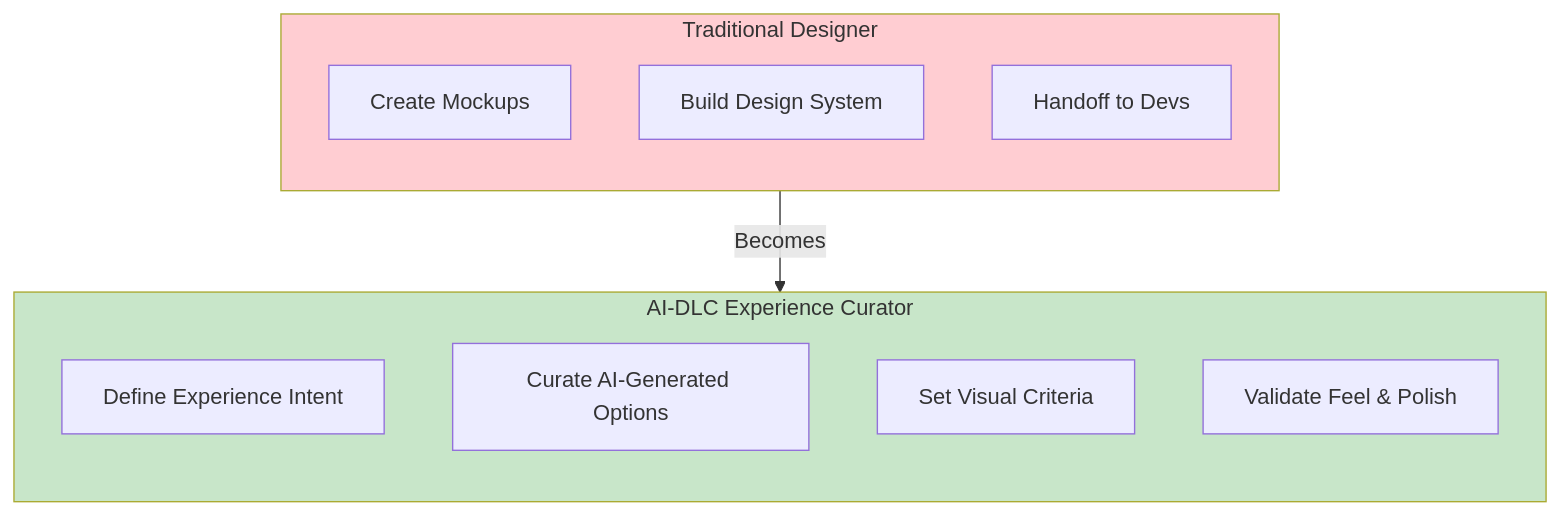
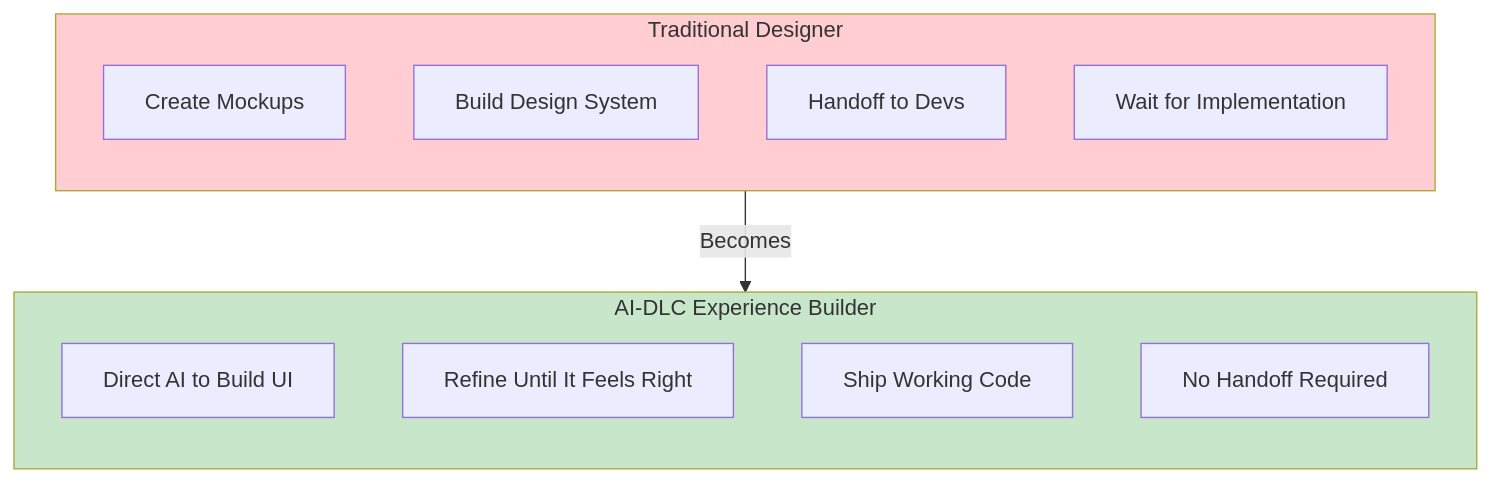
One commit to TheBushidoCollective/han changed the third of 8 diagrams in website/content/papers/ai-dlc-2026/runbooks/adoption/reimagining-roles.md. Above: the diagram before and after it, drawn with Mermaid. The commit also changed other lines of this file and 1 other file, not shown here.

````diff
--- a/website/content/papers/ai-dlc-2026/runbooks/adoption/reimagining-roles.md
+++ b/website/content/papers/ai-dlc-2026/runbooks/adoption/reimagining-roles.md
@@ -64,22 +64,23 @@
 ```mermaid
 flowchart TB
     subgraph Old["Traditional Designer"]
         direction TB
         D1[Create Mockups]
         D2[Build Design System]
         D3[Handoff to Devs]
+        D4[Wait for Implementation]
     end
 
-    subgraph New["AI-DLC Experience Curator"]
+    subgraph New["AI-DLC Experience Builder"]
         direction TB
-        EC1[Define Experience Intent]
-        EC2[Curate AI-Generated Options]
-        EC3[Set Visual Criteria]
-        EC4[Validate Feel & Polish]
+        EC1[Direct AI to Build UI]
+        EC2[Refine Until It Feels Right]
+        EC3[Ship Working Code]
+        EC4[No Handoff Required]
     end
 
     Old -->|"Becomes"| New
 
     style Old fill:#ffcdd2
     style New fill:#c8e6c9
 ```
````
